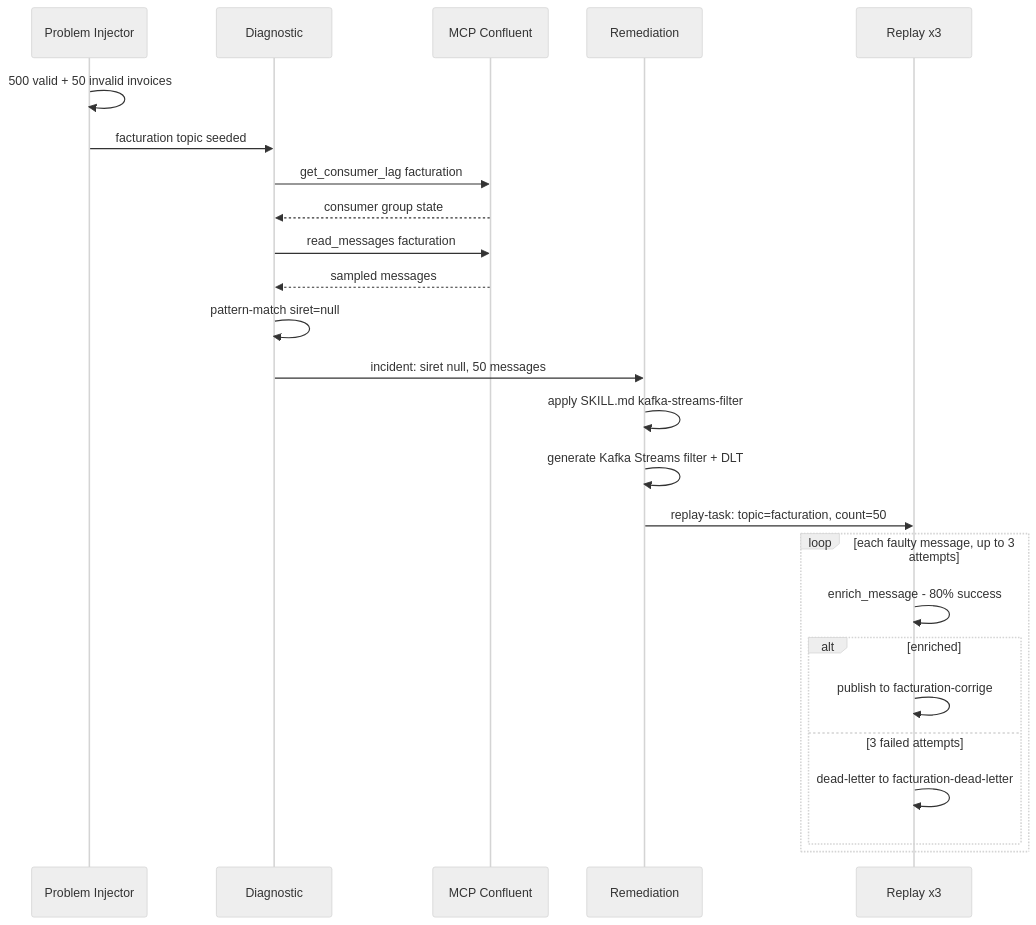
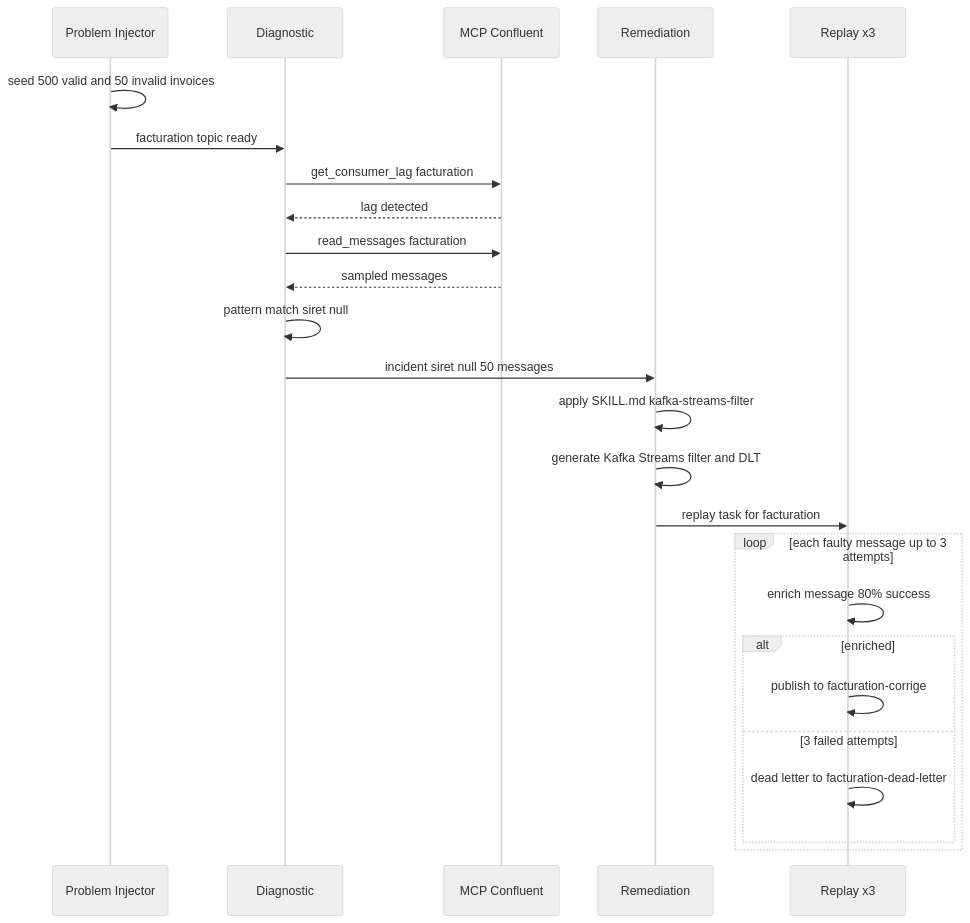
The second of 3 diagrams in README.md (arabaaoui/kafka-ops-agents), drawn with Mermaid (neutral theme) before and after one commit.

Commit message:
fix: sequenceDiagram - remove = : + , - from all message labels for GitHub Mermaid

````diff
--- a/README.md
+++ b/README.md
@@ -40,28 +40,28 @@
 ```mermaid
 sequenceDiagram
     participant PI as Problem Injector
     participant D as Diagnostic
     participant M as MCP Confluent
     participant R as Remediation
     participant P as Replay x3
 
-    PI->>PI: 500 valid + 50 invalid invoices
-    PI->>D: facturation topic seeded
+    PI->>PI: seed 500 valid and 50 invalid invoices
+    PI->>D: facturation topic ready
     D->>M: get_consumer_lag facturation
-    M-->>D: consumer group state
+    M-->>D: lag detected
     D->>M: read_messages facturation
     M-->>D: sampled messages
-    D->>D: pattern-match siret=null
-    D->>R: incident: siret null, 50 messages
+    D->>D: pattern match siret null
+    D->>R: incident siret null 50 messages
     R->>R: apply SKILL.md kafka-streams-filter
-    R->>R: generate Kafka Streams filter + DLT
-    R->>P: replay-task: topic=facturation, count=50
-    loop each faulty message, up to 3 attempts
-        P->>P: enrich_message - 80% success
+    R->>R: generate Kafka Streams filter and DLT
+    R->>P: replay task for facturation
+    loop each faulty message up to 3 attempts
+        P->>P: enrich message 80% success
         alt enriched
             P->>P: publish to facturation-corrige
         else 3 failed attempts
-            P->>P: dead-letter to facturation-dead-letter
+            P->>P: dead letter to facturation-dead-letter
         end
     end
 ```
````
